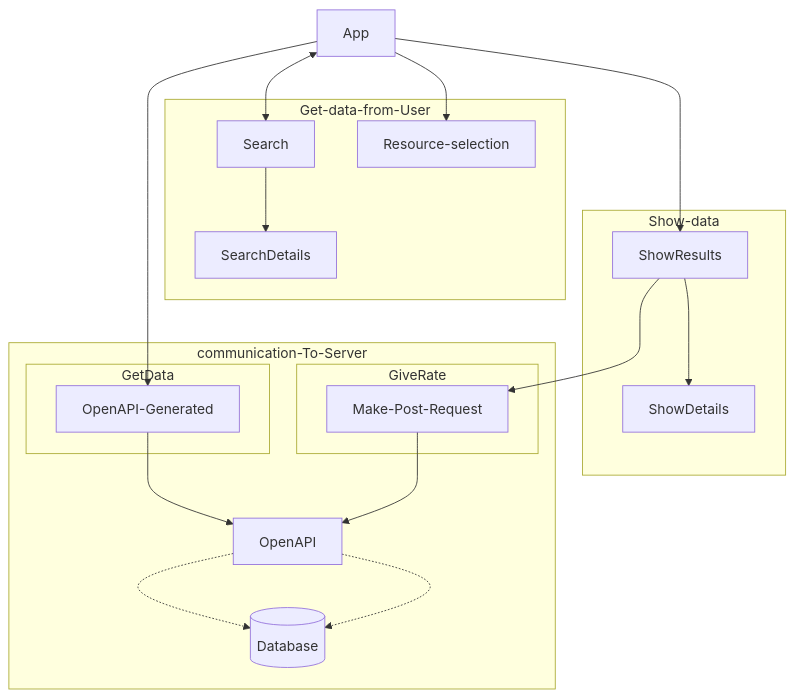
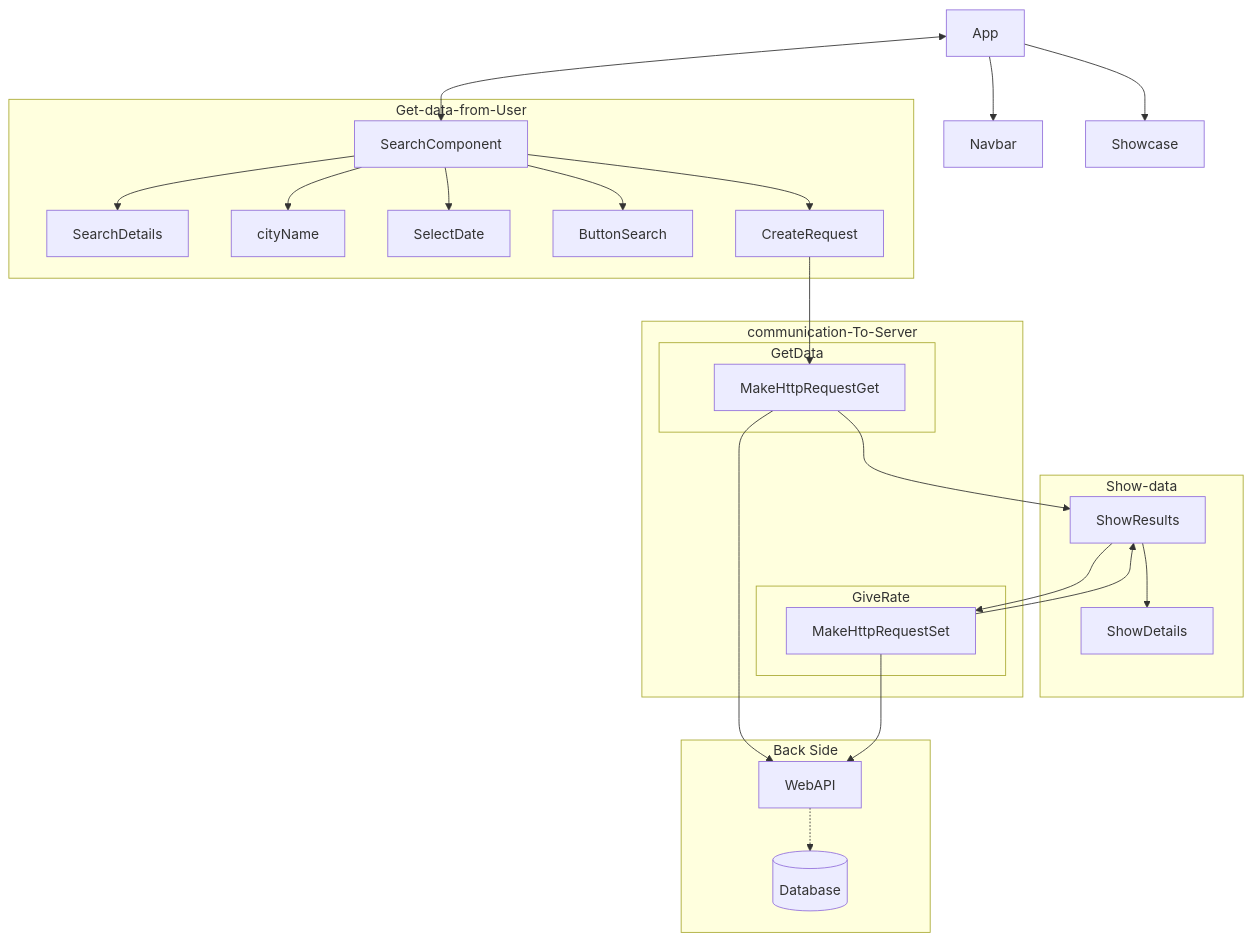
One commit to danhalvorsen/WeatherSummary changed the diagram in WebApp/README-Component-relationships.md. Above: the diagram before and after it, drawn with Mermaid. The commit also changed 1 other file, not shown here.

Commit message:
Mermaid diagram changed with some correction

`````diff
--- a/WebApp/README-Component-relationships.md
+++ b/WebApp/README-Component-relationships.md
@@ -3,44 +3,59 @@
 ```mermaid
 
 
 graph TD;
 
-App<-->Search;
-
-App-->Resource-selection;
+App<-->SearchComponent;
+App -->Navbar
+App -->Showcase
 
 subgraph Get-data-from-User
-Search-->SearchDetails;
-Resource-selection;
+SearchComponent-->SearchDetails;
+SearchComponent-->cityName;
+SearchComponent-->SelectDate;
+SearchComponent-->ButtonSearch;
+SearchComponent-->CreateRequest;
 end
 
 
 
-App-->OpenAPI-Generated;
+CreateRequest-->MakeHttpRequestGet;
 
-App--->ShowResults
+
 subgraph Show-data;
 ShowResults-->ShowDetails
 end
 
+
 subgraph communication-To-Server
-OpenAPI
-OpenAPI-.->Db1[(Database)];
 subgraph GiveRate
-ShowResults-->Make-Post-Request
-
+ShowResults-->MakeHttpRequestSet
+MakeHttpRequestSet-->ShowResults
 end
 
-Make-Post-Request-->OpenAPI
+
+
+MakeHttpRequestSet
 subgraph GetData
-OpenAPI-Generated
+
+MakeHttpRequestGet-->ShowResults
+MakeHttpRequestGet
 end
-OpenAPI-Generated-->OpenAPI
+
 
 end
 
 
-OpenAPI-.->Db1[(Database)];
+
+subgraph Back Side
 
 
+Db1[(Database2)];
+WebAPI-.->Db1[(Database)];
+MakeHttpRequestGet-->WebAPI
+MakeHttpRequestSet-->WebAPI
+
+
+end
+
 ````
`````
